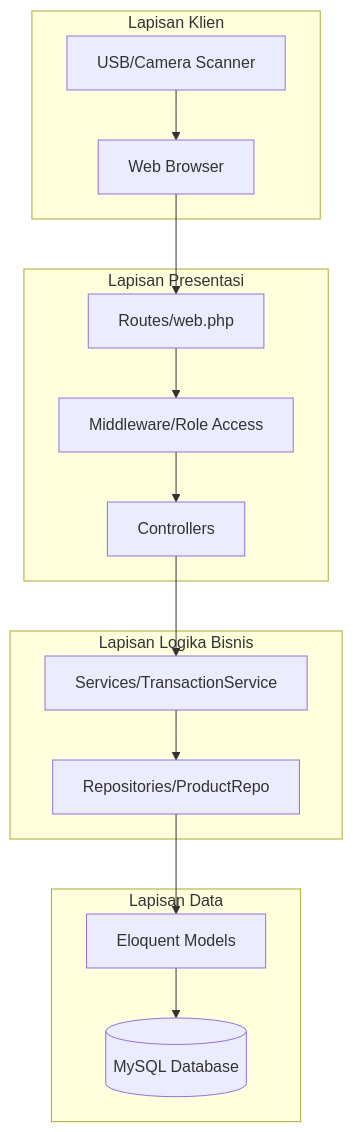
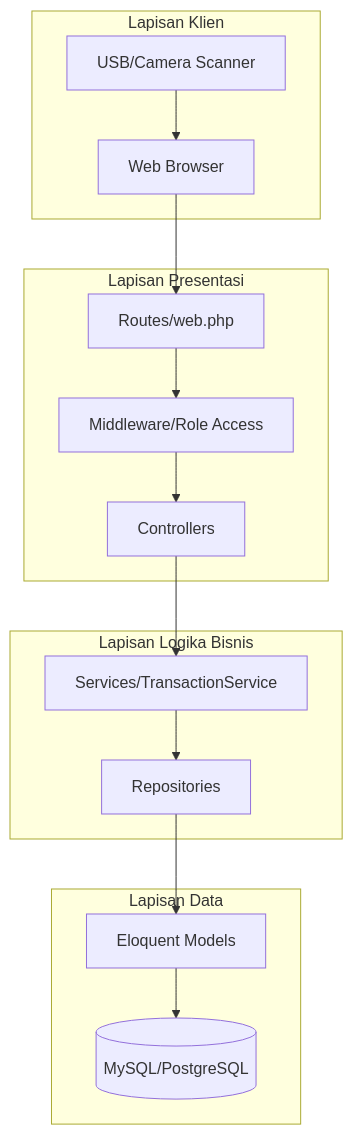
One commit to rasyakt/ARTIKA changed the diagram in docs/ARSITEKTUR.md. Above: the diagram before and after it, drawn with Mermaid. The commit also changed other lines of this file and 21 other files, not shown here.

Commit message:
feat: Add extensive new documentation including user guides, installation, and deployment, replace the architecture document, and introduce new POS receipt, superadmin logs, and admin supplier views, a SuperadminController, and a login listener.

````diff
--- a/docs/ARSITEKTUR.md
+++ b/docs/ARSITEKTUR.md
@@ -29,32 +25,32 @@
 ```mermaid
 graph TB
     subgraph "Lapisan Klien"
         Browser[Web Browser]
         Scanner[USB/Camera Scanner]
     end
 
     subgraph "Lapisan Presentasi"
         Routes[Routes/web.php]
         Middleware[Middleware/Role Access]
         Controllers[Controllers]
     end
 
     subgraph "Lapisan Logika Bisnis"
         Services[Services/TransactionService]
-        Repositories[Repositories/ProductRepo]
+        Repositories[Repositories]
     end
 
     subgraph "Lapisan Data"
         Models[Eloquent Models]
-        Database[(MySQL Database)]
+        Database[(MySQL/PostgreSQL)]
     end
 
     Browser --> Routes
     Scanner --> Browser
     Routes --> Middleware
     Middleware --> Controllers
     Controllers --> Services
     Services --> Repositories
     Repositories --> Models
     Models --> Database
 ```
````
